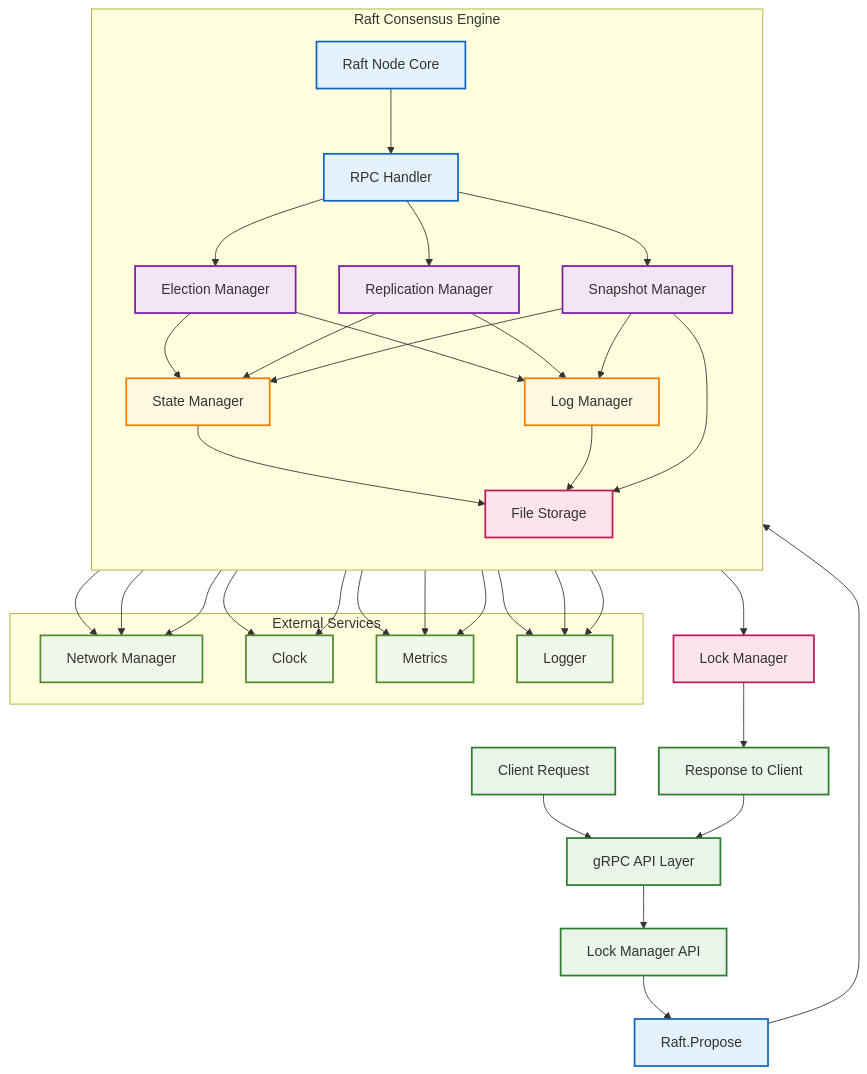
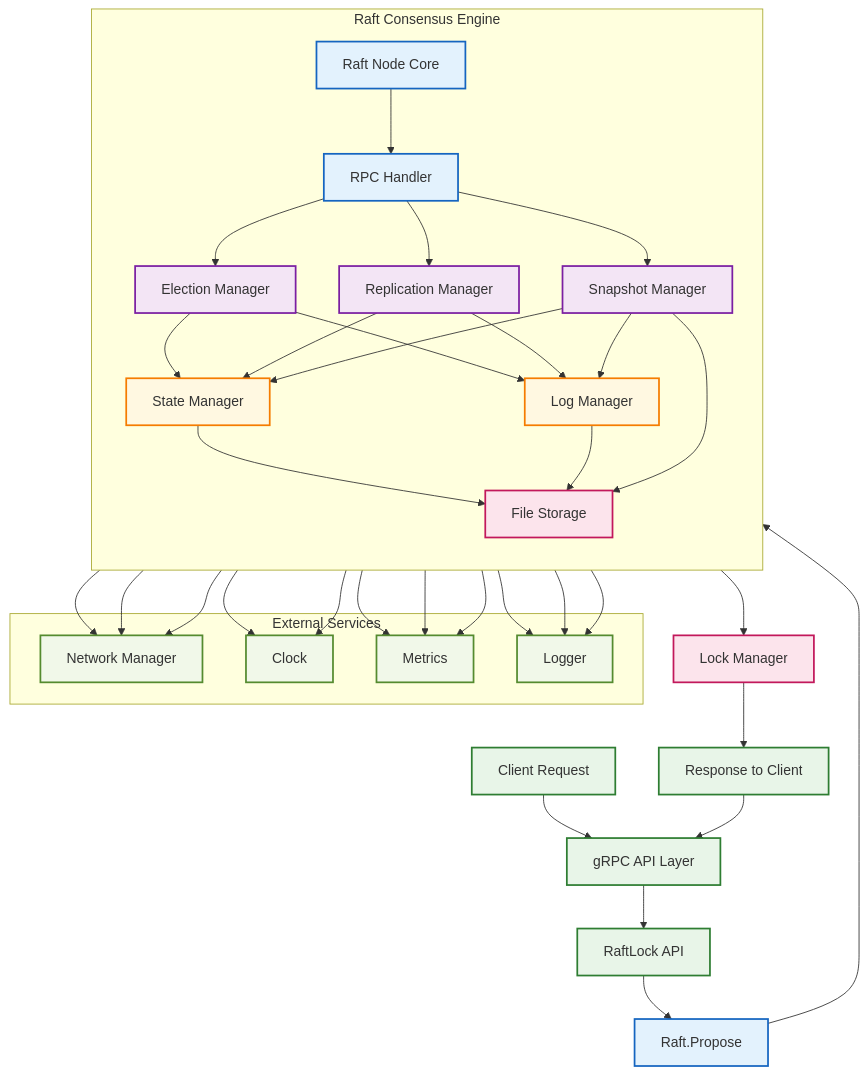
One commit to jathurchan/raftlock changed the diagram in raft/README.md. Above: the diagram before and after it, drawn with Mermaid. The commit also changed other lines of this file, not shown here.

Commit message:
fix: Fixed RaftLock API naming

````diff
--- a/raft/README.md
+++ b/raft/README.md
@@ -45,79 +45,79 @@
 ```mermaid
 graph TB
     %% Client Request Flow
     CLIENT[Client Request] --> GRPC[gRPC API Layer]
-    GRPC --> LOCKAPI[Lock Manager API]
+    GRPC --> LOCKAPI[RaftLock API]
     
     %% Lock Manager Integration
     LOCKAPI --> RAFTAPI[Raft.Propose]
     RAFTAPI --> RAFTCORE[Raft Node Core]
     
     %% Raft Core Components
     subgraph "Raft Consensus Engine"
         direction TB
         
         %% Main Interface
         RAFTCORE --> RPC[RPC Handler]
         
         %% Manager Components
         RPC --> EM[Election Manager]
         RPC --> RM[Replication Manager]
         RPC --> SM[Snapshot Manager]
         
         %% State Components  
         EM --> STM[State Manager]
         EM --> LOGM[Log Manager]
         RM --> STM
         RM --> LOGM
         SM --> STM
         SM --> LOGM
         
         %% Storage Integration
         STM --> FS[File Storage]
         LOGM --> FS
         SM --> FS
     end
     
     %% Application State Machine
     SM --> APPLIER[Lock Manager]
     
     %% External Dependencies
     subgraph "External Services"
         NET[Network Manager]
         CLOCK[Clock]
         METRICS[Metrics]
         LOGGER[Logger]
     end
     
     %% External Connections
     EM --> NET
     RM --> NET
     SM --> NET
     EM --> CLOCK
     RM --> CLOCK
     EM --> METRICS
     RM --> METRICS
     SM --> METRICS
     EM --> LOGGER
     RM --> LOGGER
     SM --> LOGGER
     
     %% Response Flow
     APPLIER --> RESPONSE[Response to Client]
     RESPONSE --> GRPC
     
     %% Styling
     classDef api fill:#e8f5e8,stroke:#2e7d32,stroke-width:2px
     classDef raft fill:#e3f2fd,stroke:#1565c0,stroke-width:2px
     classDef manager fill:#f3e5f5,stroke:#7b1fa2,stroke-width:2px
     classDef state fill:#fff8e1,stroke:#f57c00,stroke-width:2px
     classDef storage fill:#fce4ec,stroke:#c2185b,stroke-width:2px
     classDef external fill:#f1f8e9,stroke:#558b2f,stroke-width:2px
     
     class CLIENT,GRPC,LOCKAPI,RESPONSE api
     class RAFTAPI,RAFTCORE,RPC raft
     class EM,RM,SM manager
     class STM,LOGM state
     class FS,APPLIER storage
     class NET,CLOCK,METRICS,LOGGER external
 ```
````
